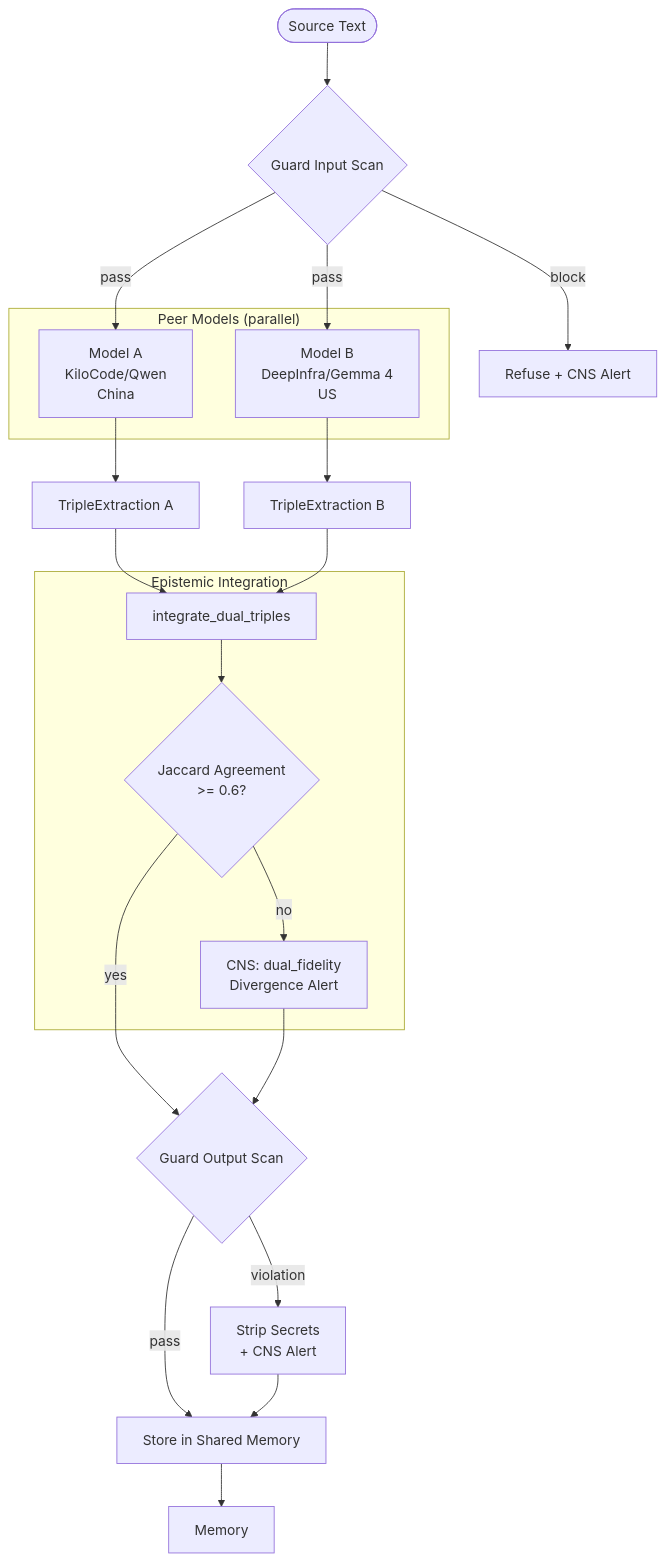
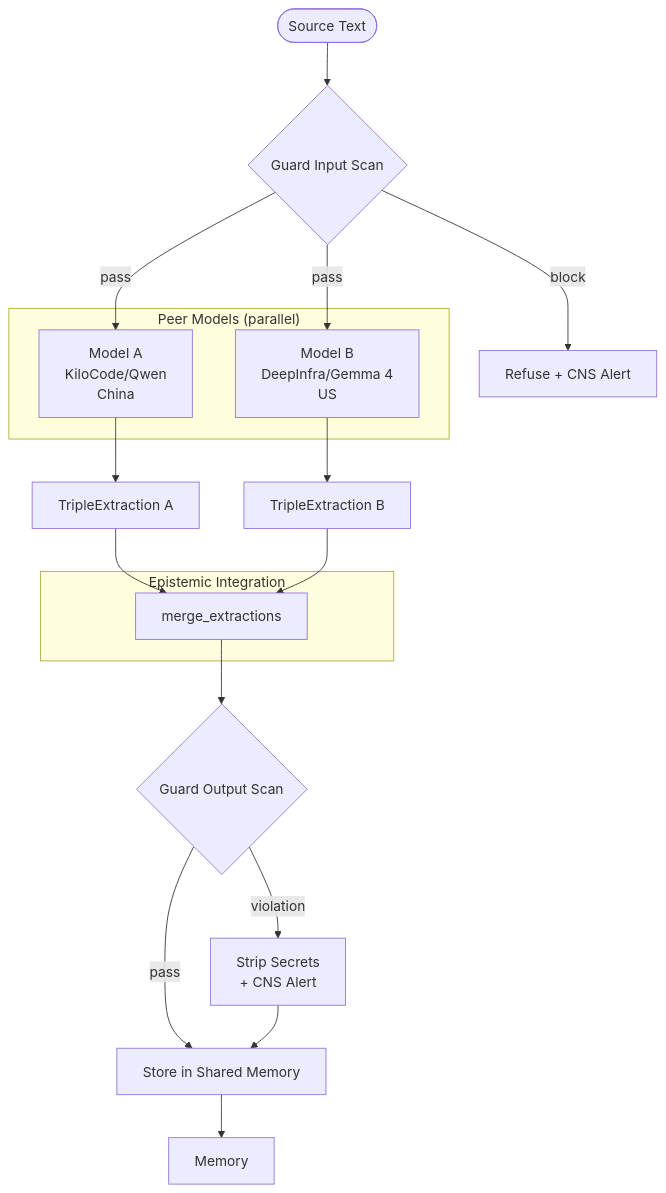
Before and after one commit to mdz-axo/hKask: the ninth of 9 diagrams in docs/explanation/cognition-and-replica.md, drawn with Mermaid. The commit also changed other lines of this file and 18 other files, not shown here.

First line of the commit message:
Refactoring dual-model classifier with simpler merge logic, removing  env var and settings, updating config and docs.</think>Refactor  dual-model classifier to simpler algo merge

````diff
--- a/docs/explanation/cognition-and-replica.md
+++ b/docs/explanation/cognition-and-replica.md
@@ -914,45 +902,38 @@
 ```mermaid
 flowchart TD
     S([Source Text])
     G{Guard Input Scan}
     R[Refuse + CNS Alert]
     MA[Model A\nKiloCode/Qwen\nChina]
     MB[Model B\nDeepInfra/Gemma 4\nUS]
     EA[TripleExtraction A]
     EB[TripleExtraction B]
-    I[integrate_dual_triples]
-    JA{Jaccard Agreement\n&gt;= 0.6?}
-    D[CNS: dual_fidelity\nDivergence Alert]
+    I[merge_extractions]
     GO{Guard Output Scan}
     R2[Strip Secrets\n+ CNS Alert]
     ST[Store in Shared Memory]
     M[Memory]
 
     S --> G
     G -->|pass| MA
     G -->|pass| MB
     G -->|block| R
     MA --> EA
     MB --> EB
     EA --> I
     EB --> I
-    I --> JA
-    JA -->|yes| GO
-    JA -->|no| D
-    D --> GO
+    I --> GO
     GO -->|pass| ST
     GO -->|violation| R2
     R2 --> ST
     ST --> M
 
     subgraph "Peer Models (parallel)"
         MA
         MB
     end
 
     subgraph "Epistemic Integration"
         I
-        JA
-        D
     end
 ```
````
